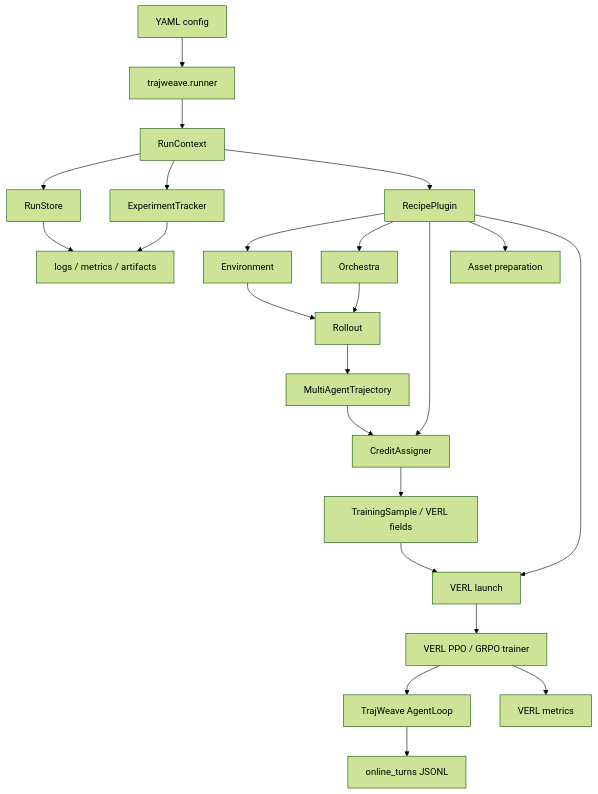
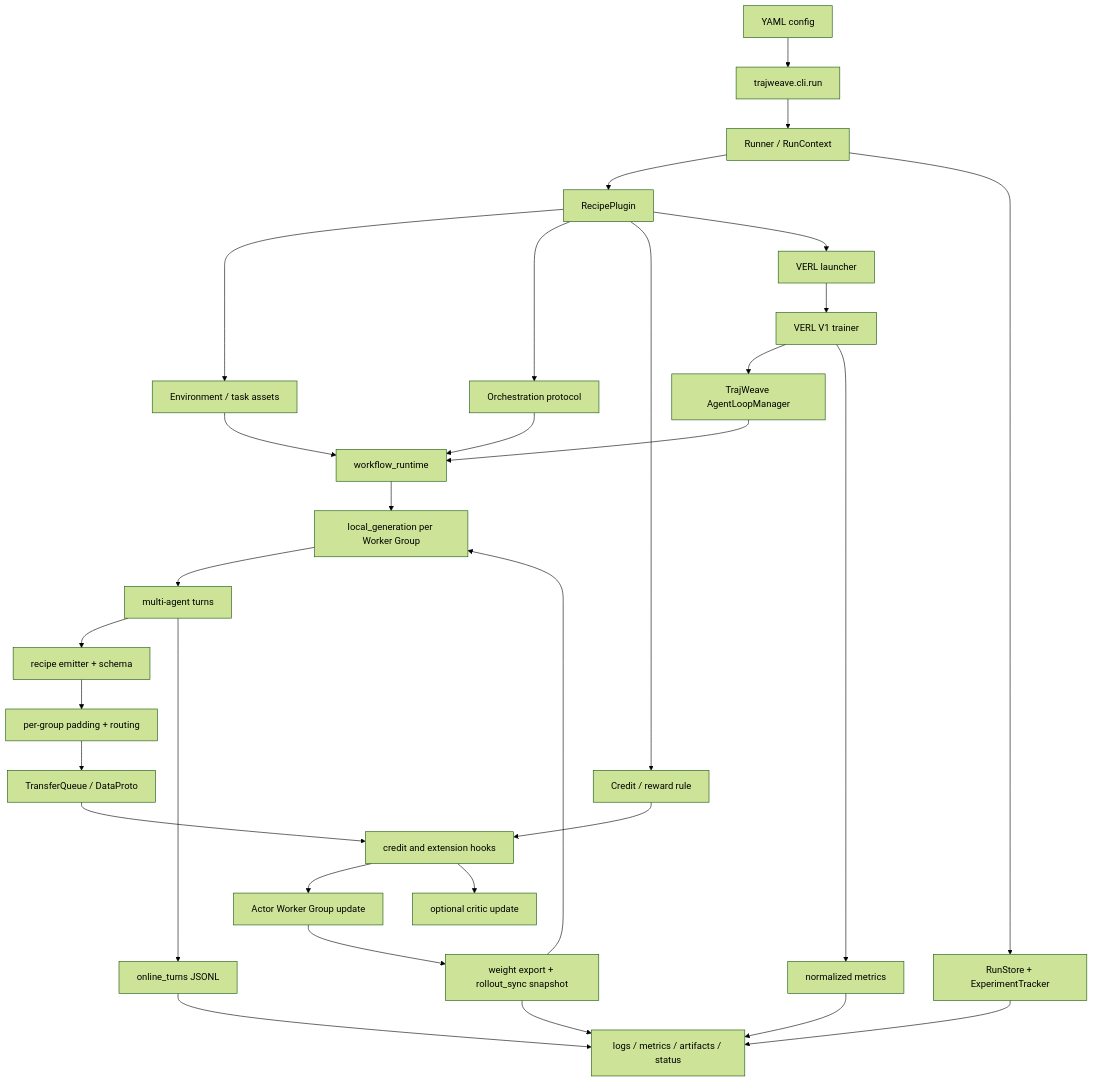
The diagram in README.md (OpenDCAI/TrajWeave), drawn with Mermaid (forest theme) before and after one commit. The commit also changed other lines of this file, not shown here.

Commit message:
docs: sync README with MASRL runtime

````diff
--- a/README.md
+++ b/README.md
@@ -91,28 +101,37 @@
 ```mermaid
 flowchart TD
-    CFG["YAML config"] --> RUN["trajweave.runner"]
-    RUN --> CTX["RunContext"]
-    CTX --> STORE["RunStore"]
-    CTX --> TRACK["ExperimentTracker"]
-    CTX --> PLUGIN["RecipePlugin"]
+    CFG["YAML config"] --> CLI["trajweave.cli.run"]
+    CLI --> RUN["Runner / RunContext"]
+    RUN --> PLUGIN["RecipePlugin"]
+    RUN --> STORE["RunStore + ExperimentTracker"]
 
-    PLUGIN --> ENV["Environment"]
-    PLUGIN --> ORCH["Orchestra"]
-    PLUGIN --> CREDIT["CreditAssigner"]
-    PLUGIN --> ASSET["Asset preparation"]
-    PLUGIN --> LAUNCH["VERL launch"]
+    PLUGIN --> ENV["Environment / task assets"]
+    PLUGIN --> ORCH["Orchestration protocol"]
+    PLUGIN --> CREDIT["Credit / reward rule"]
+    PLUGIN --> LAUNCH["VERL launcher"]
 
-    ENV --> ROLL["Rollout"]
-    ORCH --> ROLL
-    ROLL --> TRAJ["MultiAgentTrajectory"]
-    TRAJ --> CREDIT
-    CREDIT --> SAMPLE["TrainingSample / VERL fields"]
-    SAMPLE --> LAUNCH
-    LAUNCH --> VERL["VERL PPO / GRPO trainer"]
-    VERL --> LOOP["TrajWeave AgentLoop"]
-    LOOP --> TURNLOG["online_turns JSONL"]
-    VERL --> METRICS["VERL metrics"]
+    LAUNCH --> TRAINER["VERL V1 trainer"]
+    TRAINER --> LOOP["TrajWeave AgentLoopManager"]
+    LOOP --> WORKFLOW["workflow_runtime"]
+    ENV --> WORKFLOW
+    ORCH --> WORKFLOW
+    WORKFLOW --> GEN["local_generation per Worker Group"]
+    GEN --> TURNS["multi-agent turns"]
+    TURNS --> EMIT["recipe emitter + schema"]
+    EMIT --> PAD["per-group padding + routing"]
+    PAD --> BATCH["TransferQueue / DataProto"]
+    BATCH --> HOOK["credit and extension hooks"]
+    CREDIT --> HOOK
+    HOOK --> ACTOR["Actor Worker Group update"]
+    HOOK --> CRITIC["optional critic update"]
 
-    TRACK --> RUNFILES["logs / metrics / artifacts"]
-    STORE --> RUNFILES
+    ACTOR --> SYNC["weight export + rollout_sync snapshot"]
+    SYNC --> GEN
+
+    TURNS --> TURNLOG["online_turns JSONL"]
+    TRAINER --> METRICS["normalized metrics"]
+    STORE --> RUNFILES["logs / metrics / artifacts / status"]
+    TURNLOG --> RUNFILES
+    METRICS --> RUNFILES
+    SYNC --> RUNFILES
 ```
````
